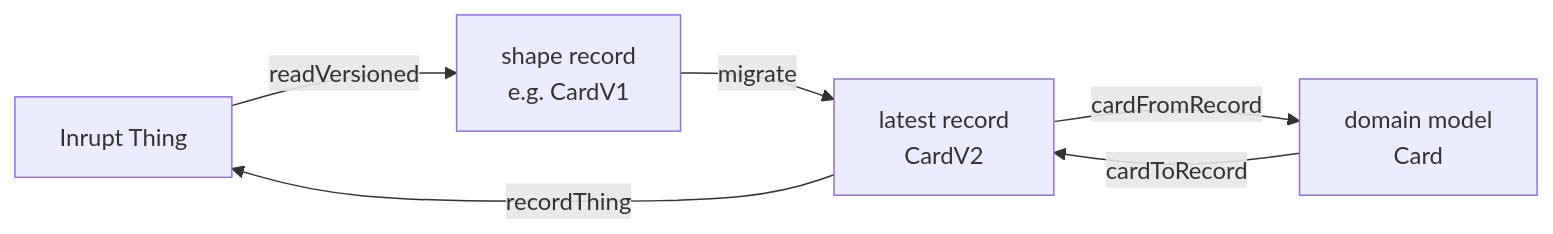
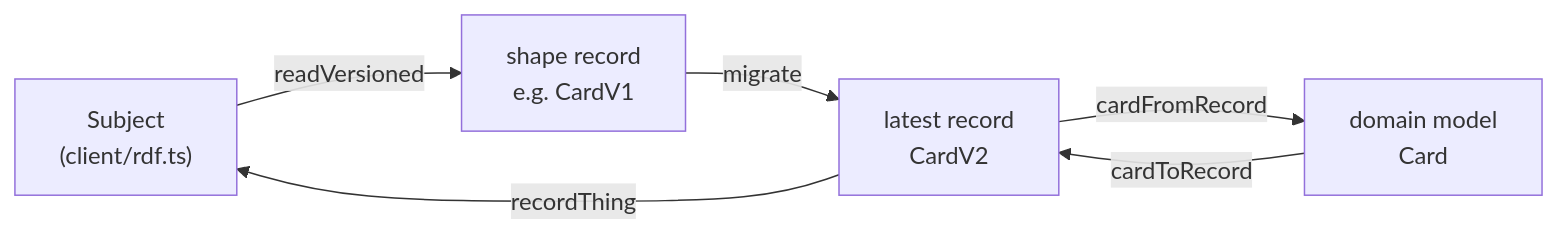
Before and after one commit to solid-memo/website: the first of 4 diagrams in docs/data-model.md, drawn with Mermaid. The commit also changed other lines of this file and 9 other files, not shown here.

````diff
--- a/docs/data-model.md
+++ b/docs/data-model.md
@@ -37,10 +37,10 @@
 ```mermaid
 flowchart LR
     accTitle: From pod data to the domain model
-    accDescr: A Thing is read as a versioned shape record, migrated to the latest record and mapped to the domain model, and a model is written back the same way in reverse.
-    thing["Inrupt Thing"] -->|readVersioned| record["shape record<br/>e.g. CardV1"]
+    accDescr: A subject is read as a versioned shape record, migrated to the latest record and mapped to the domain model, and a model is written back the same way in reverse.
+    thing["Subject<br/>(client/rdf.ts)"] -->|readVersioned| record["shape record<br/>e.g. CardV1"]
     record -->|migrate| latest["latest record<br/>CardV2"]
     latest -->|cardFromRecord| model["domain model<br/>Card"]
     model -->|cardToRecord| latest
     latest -->|recordThing| thing
 ```
````
